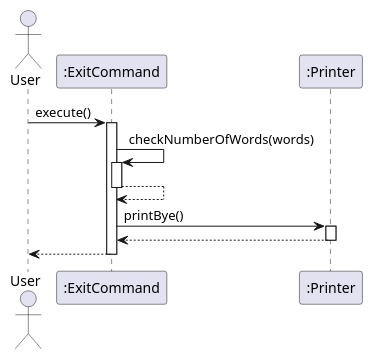
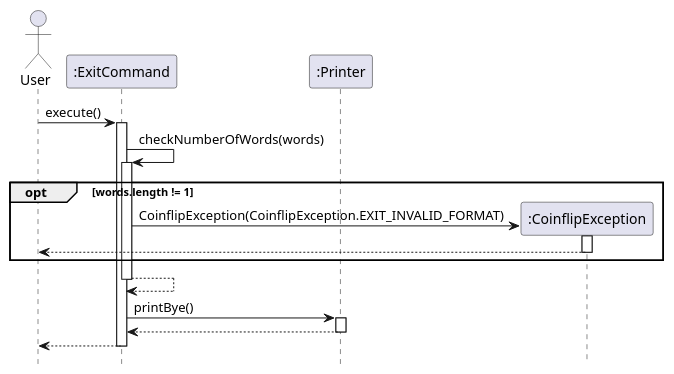
Before and after one commit to timothyloh0523/tp: the diagram in docs/diagrams/exit.puml, drawn with PlantUML. The commit also changed 16 other files, not shown here.

```diff
--- a/docs/diagrams/exit.puml
+++ b/docs/diagrams/exit.puml
@@ -1,21 +1,30 @@
 @startuml
 actor User as User
+hide footbox
 participant ExitCommand as ":ExitCommand"
 participant Printer as ":Printer"
+participant CoinflipException as ":CoinflipException"
 
 User -> ExitCommand: execute()
 activate ExitCommand
 
 
 ExitCommand -> ExitCommand: checkNumberOfWords(words)
 activate ExitCommand
+opt words.length != 1
+create CoinflipException
+ExitCommand -> CoinflipException : CoinflipException(CoinflipException.EXIT_INVALID_FORMAT)
+activate CoinflipException
+CoinflipException --> User
+deactivate CoinflipException
+end
 ExitCommand --> ExitCommand
 deactivate ExitCommand
 
 ExitCommand -> Printer: printBye()
 activate Printer
 Printer --> ExitCommand
 deactivate Printer
 ExitCommand --> User
 deactivate ExitCommand
 @enduml
```
